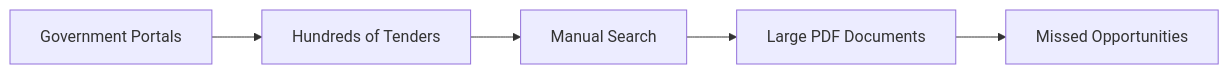
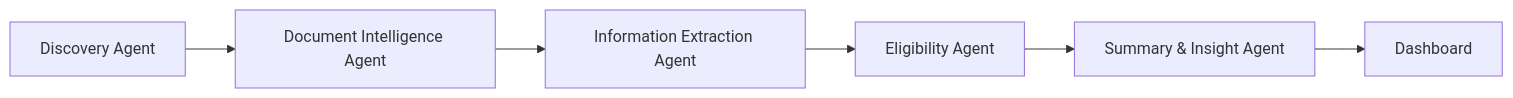
One commit to YashasviRajput13/Tender_Live changed the first of 3 diagrams in README.md. Above: the diagram before and after it, drawn with Mermaid. The commit also changed other lines of this file, not shown here.

````diff
--- a/README.md
+++ b/README.md
@@ -22,7 +89,9 @@
 ```mermaid
 flowchart LR
-A[Government Portals] --> B[Hundreds of Tenders]
-B --> C[Manual Search]
-C --> D[Large PDF Documents]
-D --> E[Missed Opportunities]
+
+A[Discovery Agent] --> B[Document Intelligence Agent]
+B --> C[Information Extraction Agent]
+C --> D[Eligibility Agent]
+D --> E[Summary & Insight Agent]
+E --> F[Dashboard]
 ```
````
